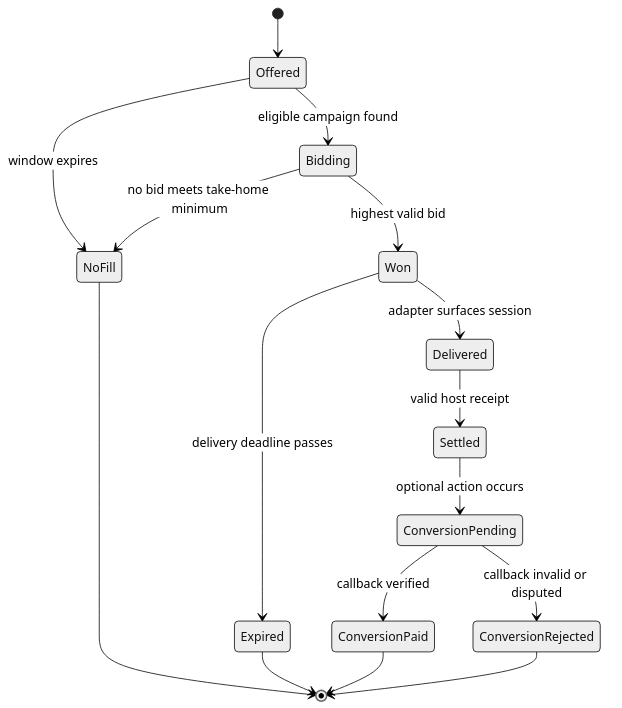
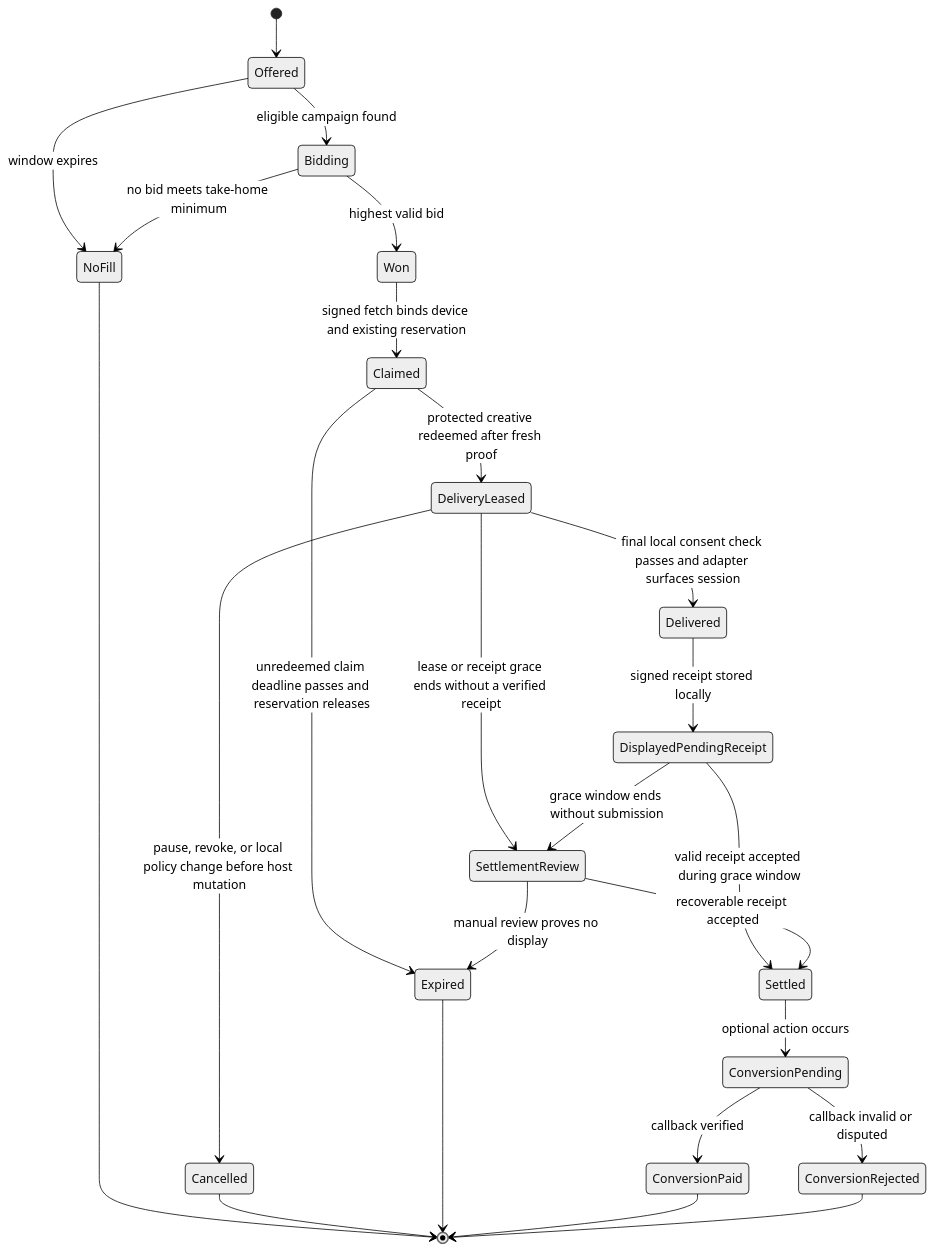
One commit to eabnelson/ad-daddy changed the third of 6 diagrams in docs/plans/2026-08-15-1055-feat-ad-daddy-marketplace-plan.md. Above: the diagram before and after it, drawn with Mermaid (neutral theme). The commit also changed other lines of this file and 4 other files, not shown here.

````diff
--- a/docs/plans/2026-08-15-1055-feat-ad-daddy-marketplace-plan.md
+++ b/docs/plans/2026-08-15-1055-feat-ad-daddy-marketplace-plan.md
@@ -239,18 +255,27 @@
 ```mermaid
 stateDiagram-v2
   [*] --> Offered
   Offered --> Bidding: eligible campaign found
   Offered --> NoFill: window expires
   Bidding --> Won: highest valid bid
   Bidding --> NoFill: no bid meets take-home minimum
-  Won --> Delivered: adapter surfaces session
-  Won --> Expired: delivery deadline passes
-  Delivered --> Settled: valid host receipt
+  Won --> Claimed: signed fetch binds device and existing reservation
+  Claimed --> DeliveryLeased: protected creative redeemed after fresh proof
+  Claimed --> Expired: unredeemed claim deadline passes and reservation releases
+  DeliveryLeased --> Delivered: final local consent check passes and adapter surfaces session
+  DeliveryLeased --> Cancelled: pause, revoke, or local policy change before host mutation
+  DeliveryLeased --> SettlementReview: lease or receipt grace ends without a verified receipt
+  Delivered --> DisplayedPendingReceipt: signed receipt stored locally
+  DisplayedPendingReceipt --> Settled: valid receipt accepted during grace window
+  DisplayedPendingReceipt --> SettlementReview: grace window ends without submission
+  SettlementReview --> Settled: recoverable receipt accepted
+  SettlementReview --> Expired: manual review proves no display
   Settled --> ConversionPending: optional action occurs
   ConversionPending --> ConversionPaid: callback verified
   ConversionPending --> ConversionRejected: callback invalid or disputed
   NoFill --> [*]
+  Cancelled --> [*]
   Expired --> [*]
   ConversionPaid --> [*]
   ConversionRejected --> [*]
 ```
````
